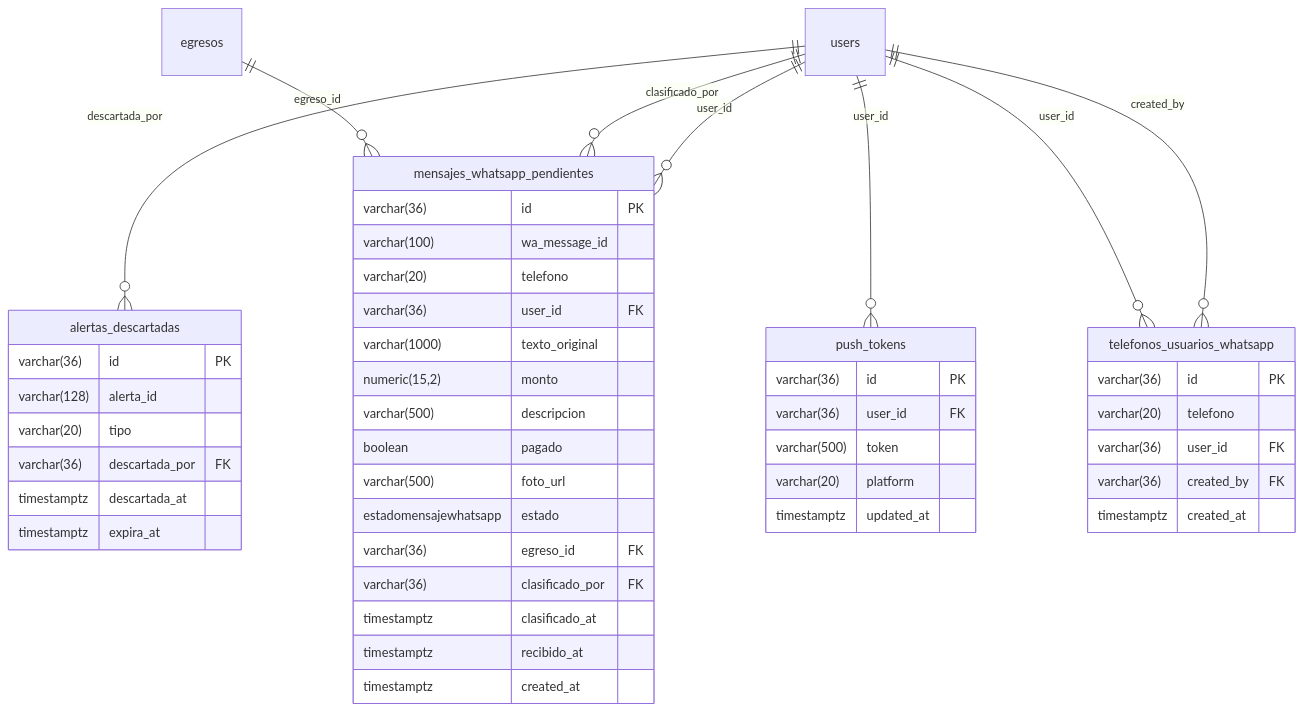
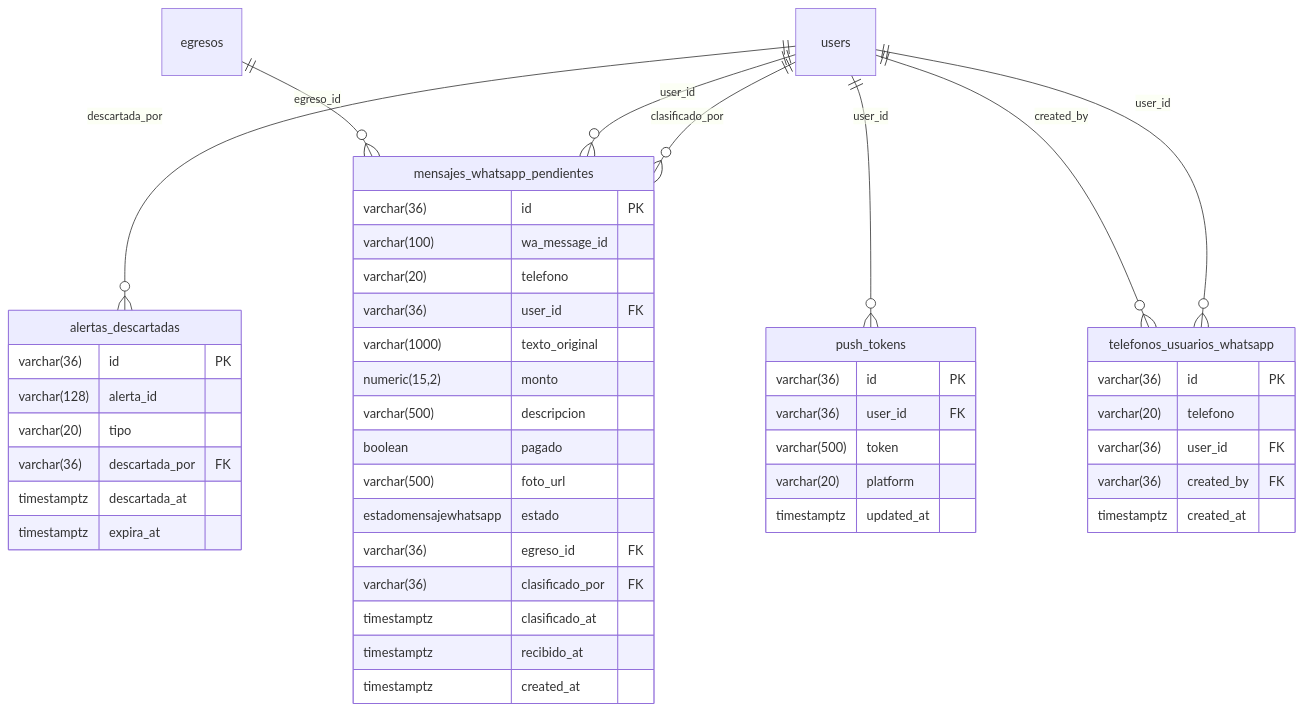
The seventh of 11 diagrams in docs/sistema/Modelo de Datos.md (FaustoYanzon/Proyecto-Gestion-Los-Lirios-), drawn with Mermaid before and after one commit. The commit also changed other lines of this file and 2 other files, not shown here.

````diff
--- a/docs/sistema/Modelo de Datos.md
+++ b/docs/sistema/Modelo de Datos.md
@@ -1351,49 +1362,49 @@
 ```mermaid
 erDiagram
     users ||--o{ alertas_descartadas : "descartada_por"
+    users ||--o{ mensajes_whatsapp_pendientes : "clasificado_por"
     users ||--o{ mensajes_whatsapp_pendientes : "user_id"
-    users ||--o{ mensajes_whatsapp_pendientes : "clasificado_por"
     egresos ||--o{ mensajes_whatsapp_pendientes : "egreso_id"
     users ||--o{ push_tokens : "user_id"
+    users ||--o{ telefonos_usuarios_whatsapp : "user_id"
     users ||--o{ telefonos_usuarios_whatsapp : "created_by"
-    users ||--o{ telefonos_usuarios_whatsapp : "user_id"
     mensajes_whatsapp_pendientes {
         varchar(36) id PK
         varchar(100) wa_message_id
         varchar(20) telefono
         varchar(36) user_id FK
         varchar(1000) texto_original
         numeric(15,2) monto
         varchar(500) descripcion
         boolean pagado
         varchar(500) foto_url
         estadomensajewhatsapp estado
         varchar(36) egreso_id FK
         varchar(36) clasificado_por FK
         timestamptz clasificado_at
         timestamptz recibido_at
         timestamptz created_at
     }
     telefonos_usuarios_whatsapp {
         varchar(36) id PK
         varchar(20) telefono
         varchar(36) user_id FK
         varchar(36) created_by FK
         timestamptz created_at
     }
     push_tokens {
         varchar(36) id PK
         varchar(36) user_id FK
         varchar(500) token
         varchar(20) platform
         timestamptz updated_at
     }
     alertas_descartadas {
         varchar(36) id PK
         varchar(128) alerta_id
         varchar(20) tipo
         varchar(36) descartada_por FK
         timestamptz descartada_at
         timestamptz expira_at
     }
 ```
````
